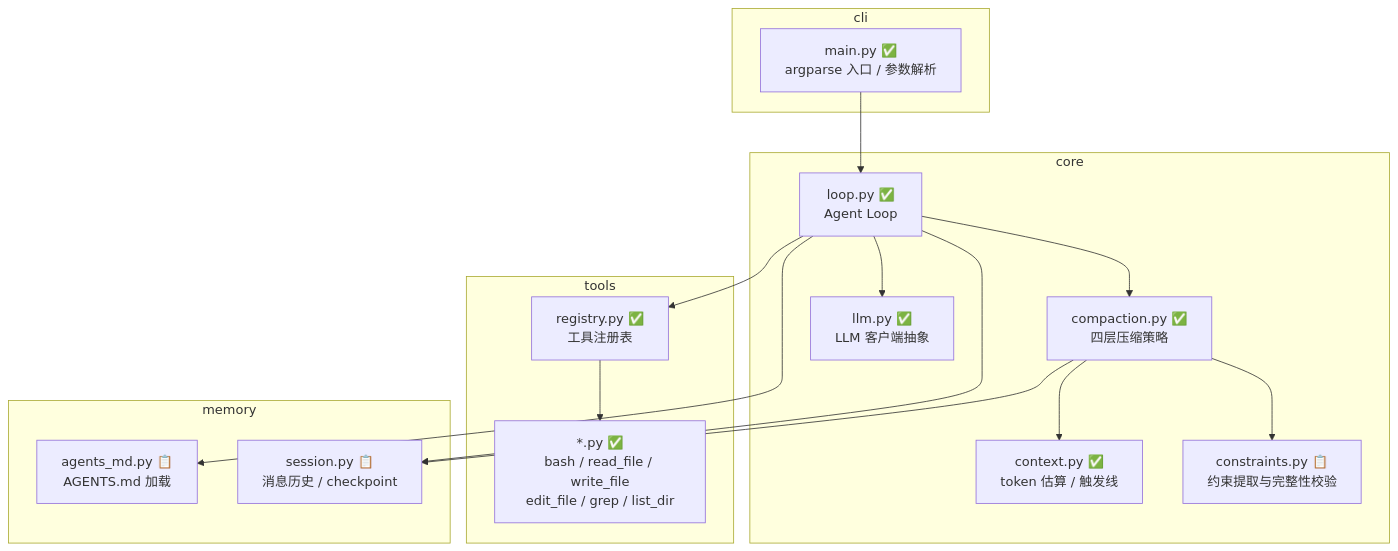
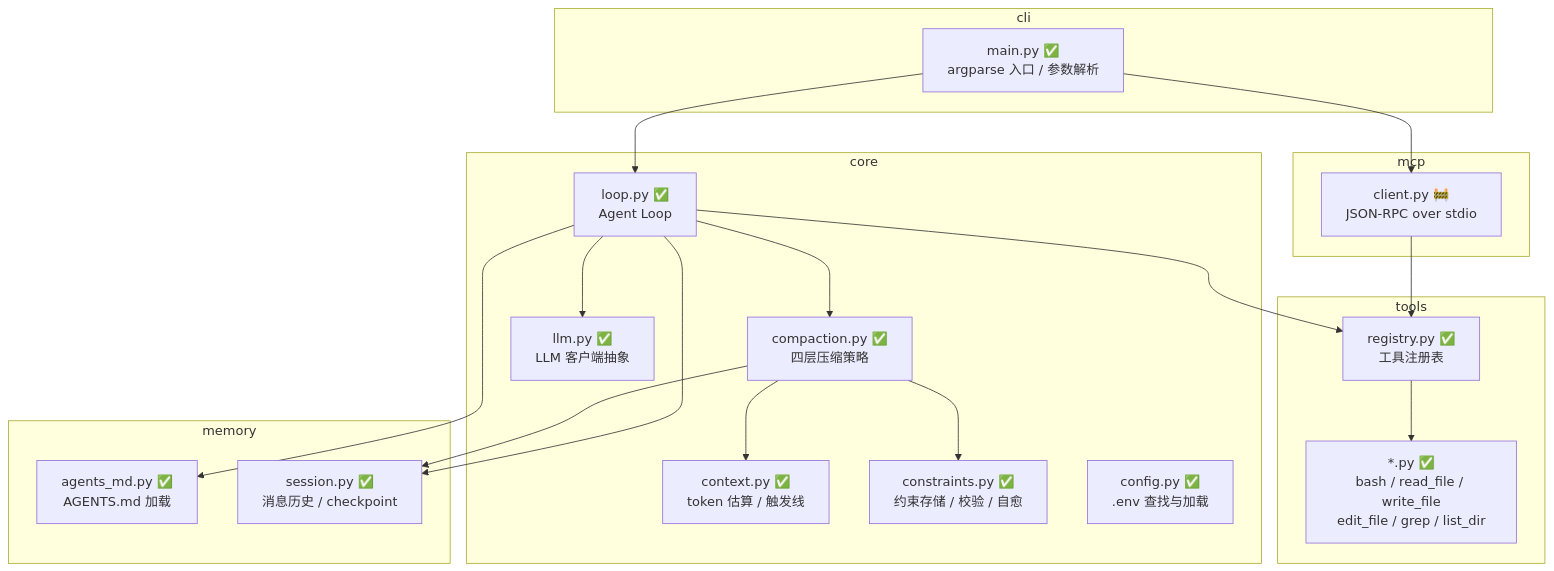
The first of 3 diagrams in docs/architecture.md (autumnieave/lite-coding-agent), drawn with Mermaid before and after one commit. The commit also changed other lines of this file and 1 other file, not shown here.

Commit message:
docs: sync architecture with Day 5-6 modules

````diff
--- a/docs/architecture.md
+++ b/docs/architecture.md
@@ -10,31 +9,37 @@
 ```mermaid
 flowchart TB
     subgraph CLI["cli"]
         M["main.py ✅<br/>argparse 入口 / 参数解析"]
     end
     subgraph CORE["core"]
         L["loop.py ✅<br/>Agent Loop"]
         CP["compaction.py ✅<br/>四层压缩策略"]
         C["context.py ✅<br/>token 估算 / 触发线"]
-        CN["constraints.py 📋<br/>约束提取与完整性校验"]
+        CN["constraints.py ✅<br/>约束存储 / 校验 / 自愈"]
+        CF["config.py ✅<br/>.env 查找与加载"]
         LM["llm.py ✅<br/>LLM 客户端抽象"]
     end
     subgraph TOOLS["tools"]
         R["registry.py ✅<br/>工具注册表"]
         B["*.py ✅<br/>bash / read_file / write_file<br/>edit_file / grep / list_dir"]
     end
     subgraph MEMORY["memory"]
-        A["agents_md.py 📋<br/>AGENTS.md 加载"]
-        S["session.py 📋<br/>消息历史 / checkpoint"]
+        A["agents_md.py ✅<br/>AGENTS.md 加载"]
+        S["session.py ✅<br/>消息历史 / checkpoint"]
+    end
+    subgraph MCP["mcp"]
+        MC["client.py 🚧<br/>JSON-RPC over stdio"]
     end
     M --> L
+    M --> MC
+    MC --> R
     L --> CP
     CP --> C
     CP --> CN
     L --> LM
     L --> R
     R --> B
     L --> A
     L --> S
     CP --> S
 ```
````
